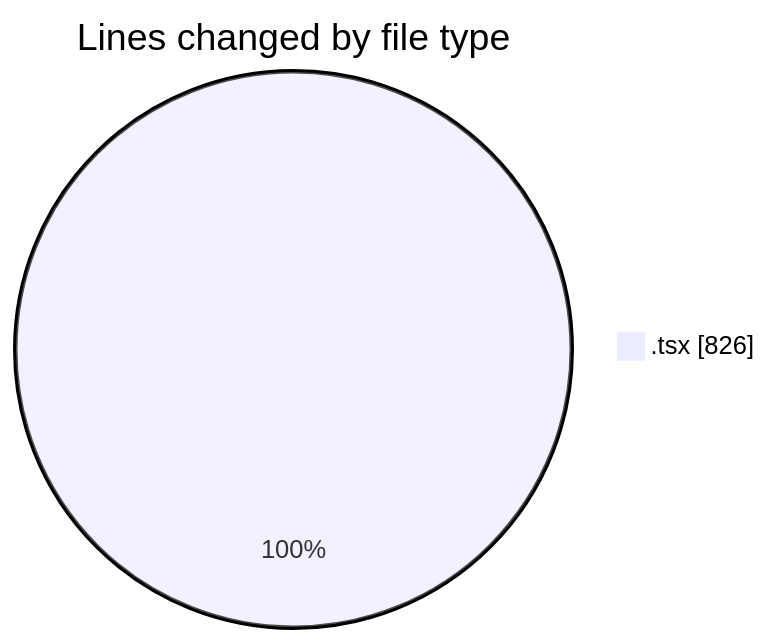
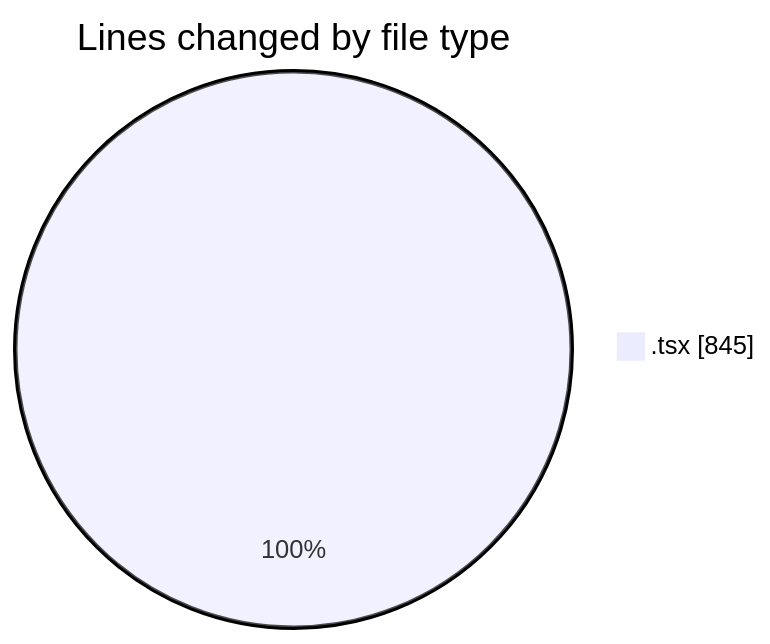
The first of 2 diagrams in 2025-09-15/cda/README.md (momahboobian/code-tracking), drawn with Mermaid before and after one commit. The commit also changed other lines of this file and 1 other file, not shown here.

````diff
--- a/2025-09-15/cda/README.md
+++ b/2025-09-15/cda/README.md
@@ -21,5 +21,5 @@
 ```mermaid
 pie showData
 title Lines changed by file type
-".tsx" : 826
+".tsx" : 845
 ```
````
